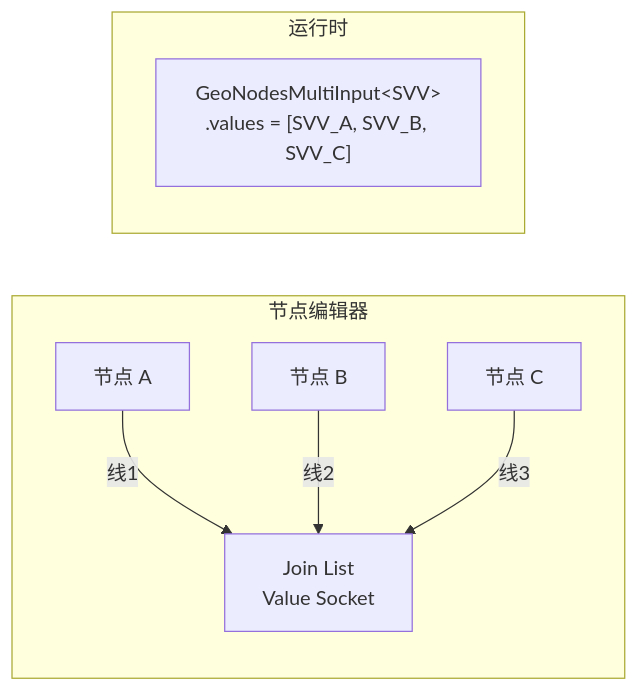
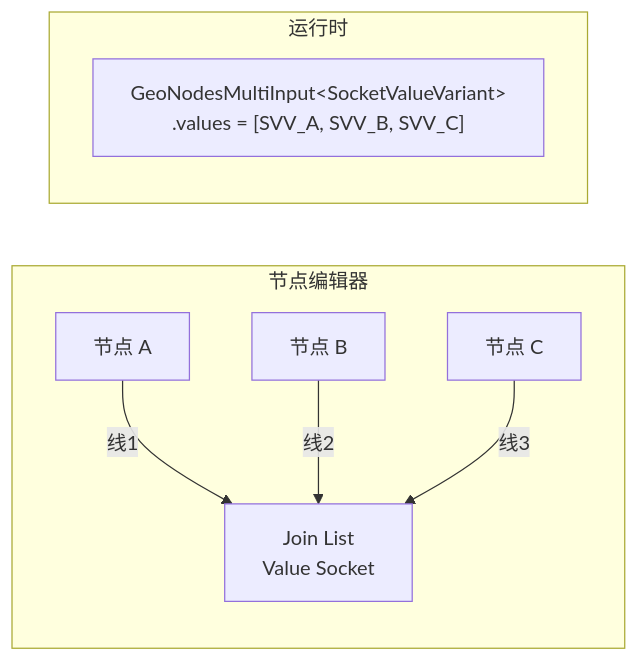
The third of 3 diagrams in 杂/markdown/几何节点-列表/05-ListLength与JoinList节点.md (yunkezengren/blender-.vscode), drawn with Mermaid before and after one commit. The commit also changed other lines of this file and 8 other files, not shown here.

````diff
--- a/杂/markdown/几何节点-列表/05-ListLength与JoinList节点.md
+++ b/杂/markdown/几何节点-列表/05-ListLength与JoinList节点.md
@@ -279,12 +281,12 @@
 ```mermaid
 graph LR
     subgraph "节点编辑器"
         N1["节点 A"] -->|"线1"| J["Join List<br/>Value Socket"]
         N2["节点 B"] -->|"线2"| J
         N3["节点 C"] -->|"线3"| J
     end
 
     subgraph "运行时"
-        V["GeoNodesMultiInput&lt;SVV&gt;<br/>.values = [SVV_A, SVV_B, SVV_C]"]
+        V["GeoNodesMultiInput&lt;SocketValueVariant&gt;<br/>.values = [SVV_A, SVV_B, SVV_C]"]
     end
 ```
````
